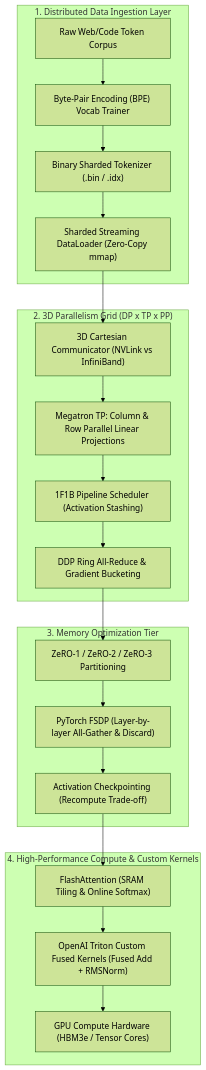
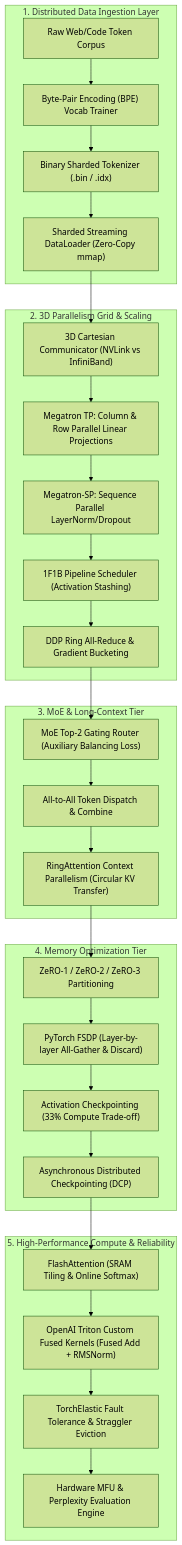
The diagram in Month-09/README.md (KUSHALMN/GenAI-Engineer-Roadmap), drawn with Mermaid (forest theme) before and after one commit. The commit also changed other lines of this file, not shown here.

Commit message:
docs(m09): update Month-09 curriculum roadmap with Days 11-20 architecture and progress

````diff
--- a/Month-09/README.md
+++ b/Month-09/README.md
@@ -11,42 +11,57 @@
 ```mermaid
 flowchart TD
     subgraph DataIngestion["1. Distributed Data Ingestion Layer"]
         Corpus["Raw Web/Code Token Corpus"]
         BPETrainer["Byte-Pair Encoding (BPE) Vocab Trainer"]
         BinaryWriter["Binary Sharded Tokenizer (.bin / .idx)"]
         StreamLoader["Sharded Streaming DataLoader (Zero-Copy mmap)"]
     end
 
-    subgraph ThreeDGrid["2. 3D Parallelism Grid (DP x TP x PP)"]
+    subgraph ThreeDGrid["2. 3D Parallelism Grid & Scaling"]
         CartesianCoord["3D Cartesian Communicator (NVLink vs InfiniBand)"]
         ColRowTP["Megatron TP: Column & Row Parallel Linear Projections"]
+        SeqParallel["Megatron-SP: Sequence Parallel LayerNorm/Dropout"]
         PipelineSchedule["1F1B Pipeline Scheduler (Activation Stashing)"]
         RingReduce["DDP Ring All-Reduce & Gradient Bucketing"]
     end
 
-    subgraph MemoryEngine["3. Memory Optimization Tier"]
+    subgraph SparseAndContext["3. MoE & Long-Context Tier"]
+        MoERouter["MoE Top-2 Gating Router (Auxiliary Balancing Loss)"]
+        RingAttn["RingAttention Context Parallelism (Circular KV Transfer)"]
+        AllToAllComm["All-to-All Token Dispatch & Combine"]
+    end
+
+    subgraph MemoryEngine["4. Memory Optimization Tier"]
         ZeROStage["ZeRO-1 / ZeRO-2 / ZeRO-3 Partitioning"]
         FSDPWrapper["PyTorch FSDP (Layer-by-layer All-Gather & Discard)"]
-        ActCheckpoint["Activation Checkpointing (Recompute Trade-off)"]
+        ActCheckpoint["Activation Checkpointing (33% Compute Trade-off)"]
+        AsyncDCP["Asynchronous Distributed Checkpointing (DCP)"]
     end
 
-    subgraph KernelCompute["4. High-Performance Compute & Custom Kernels"]
+    subgraph KernelCompute["5. High-Performance Compute & Reliability"]
         FlashAttn["FlashAttention (SRAM Tiling & Online Softmax)"]
         TritonKernels["OpenAI Triton Custom Fused Kernels (Fused Add + RMSNorm)"]
-        H100Cluster["GPU Compute Hardware (HBM3e / Tensor Cores)"]
+        FaultEngine["TorchElastic Fault Tolerance & Straggler Eviction"]
+        MFUProfiler["Hardware MFU & Perplexity Evaluation Engine"]
     end
 
     Corpus --> BPETrainer
     BPETrainer --> BinaryWriter
     BinaryWriter --> StreamLoader
     StreamLoader --> CartesianCoord
     CartesianCoord --> ColRowTP
-    ColRowTP --> PipelineSchedule
+    ColRowTP --> SeqParallel
+    SeqParallel --> PipelineSchedule
     PipelineSchedule --> RingReduce
-    RingReduce --> ZeROStage
+    RingReduce --> MoERouter
+    MoERouter --> AllToAllComm
+    AllToAllComm --> RingAttn
+    RingAttn --> ZeROStage
     ZeROStage --> FSDPWrapper
     FSDPWrapper --> ActCheckpoint
-    ActCheckpoint --> FlashAttn
+    ActCheckpoint --> AsyncDCP
+    AsyncDCP --> FlashAttn
     FlashAttn --> TritonKernels
-    TritonKernels --> H100Cluster
+    TritonKernels --> FaultEngine
+    FaultEngine --> MFUProfiler
 ```
````
